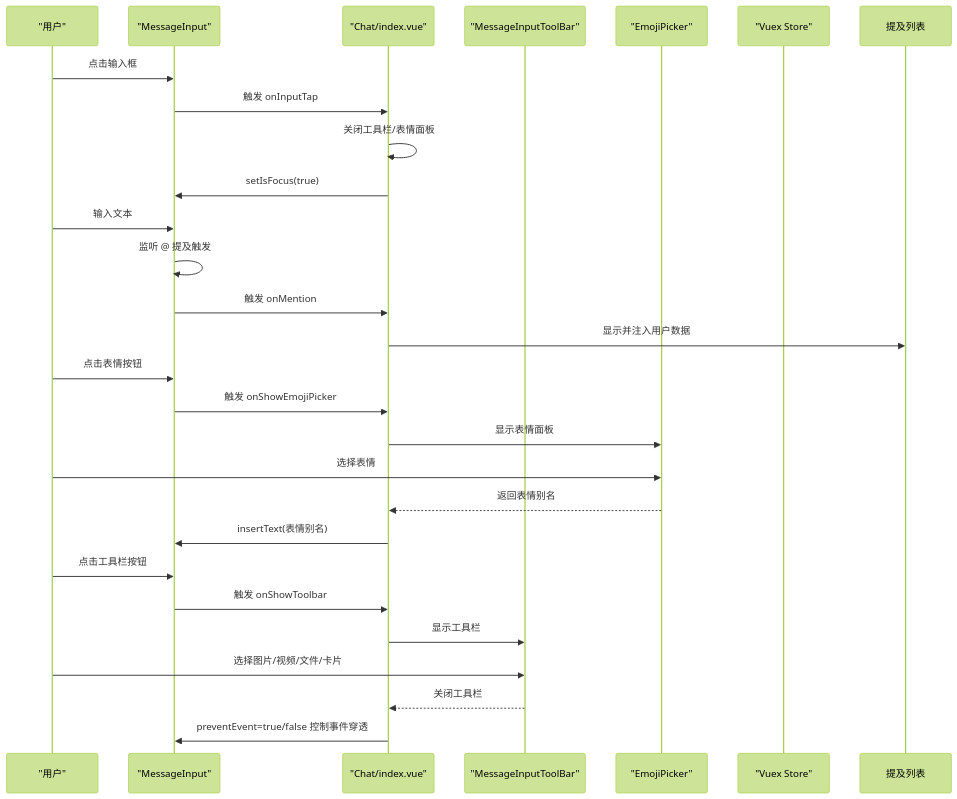
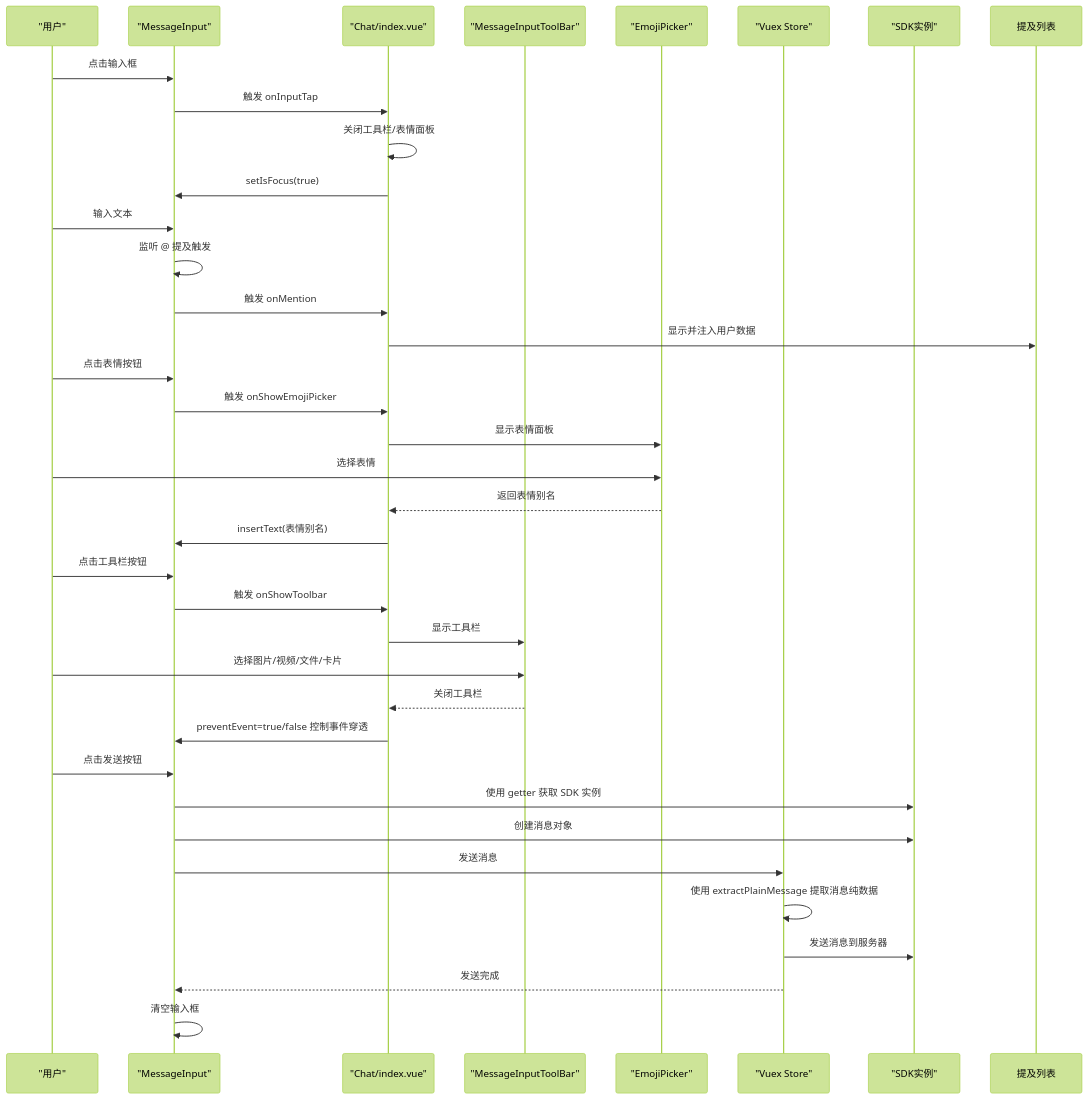
The second of 8 diagrams in .qoder/repowiki/zh/content/聊天模块/消息输入组件.md (Easemob-Community/easemob-uikit-uniapp-community), drawn with Mermaid (forest theme) before and after one commit. The commit also changed other lines of this file and 10 other files, not shown here.

````diff
--- a/.qoder/repowiki/zh/content/聊天模块/消息输入组件.md
+++ b/.qoder/repowiki/zh/content/聊天模块/消息输入组件.md
@@ -105,29 +119,38 @@
 ```mermaid
 sequenceDiagram
 participant 用户 as "用户"
 participant 输入框 as "MessageInput"
 participant 容器 as "Chat/index.vue"
 participant 工具栏 as "MessageInputToolBar"
 participant 表情 as "EmojiPicker"
 participant 存储 as "Vuex Store"
+participant SDK as "SDK实例"
 用户->>输入框 : 点击输入框
 输入框->>容器 : 触发 onInputTap
 容器->>容器 : 关闭工具栏/表情面板
 容器->>输入框 : setIsFocus(true)
 用户->>输入框 : 输入文本
 输入框->>输入框 : 监听 @ 提及触发
 输入框->>容器 : 触发 onMention
 容器->>提及列表 : 显示并注入用户数据
 用户->>输入框 : 点击表情按钮
 输入框->>容器 : 触发 onShowEmojiPicker
 容器->>表情 : 显示表情面板
 用户->>表情 : 选择表情
 表情-->>容器 : 返回表情别名
 容器->>输入框 : insertText(表情别名)
 用户->>输入框 : 点击工具栏按钮
 输入框->>容器 : 触发 onShowToolbar
 容器->>工具栏 : 显示工具栏
 用户->>工具栏 : 选择图片/视频/文件/卡片
 工具栏-->>容器 : 关闭工具栏
 容器->>输入框 : preventEvent=true/false 控制事件穿透
+用户->>输入框 : 点击发送按钮
+输入框->>SDK : 使用 getter 获取 SDK 实例
+输入框->>SDK : 创建消息对象
+输入框->>存储 : 发送消息
+存储->>存储 : 使用 extractPlainMessage 提取消息纯数据
+存储->>SDK : 发送消息到服务器
+存储-->>输入框 : 发送完成
+输入框->>输入框 : 清空输入框
 ```
````
